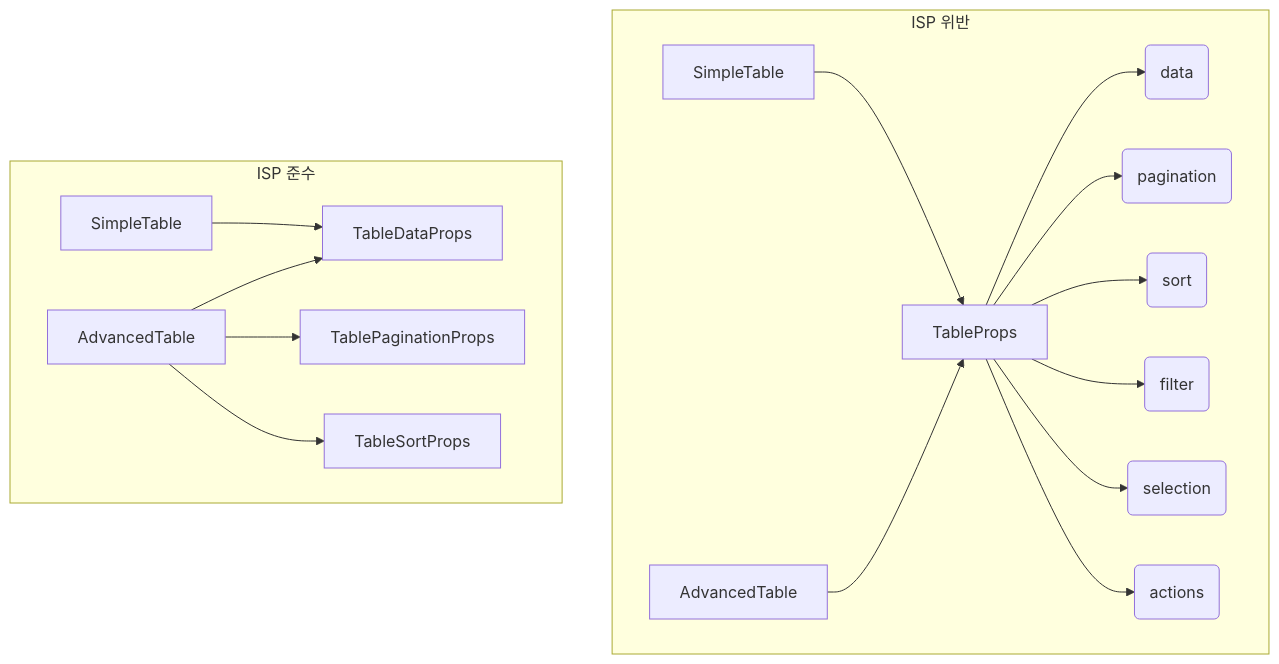
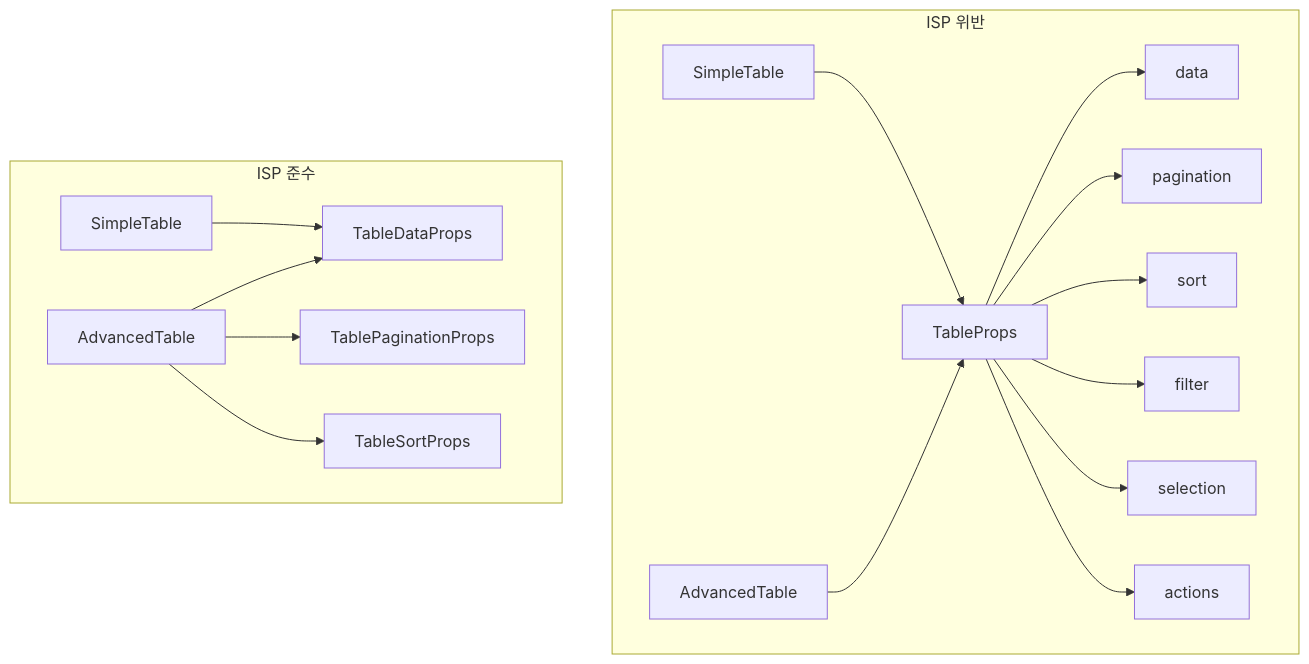
Before and after one commit to deokgoo/next-duck-blog: the fourth of 4 diagrams in data/blog/web/solid-principles-for-frontend-developers.mdx, drawn with Mermaid. The commit also changed other lines of this file and 4 other files, not shown here.

Commit message:
fix: solid-principles mermaid 수정, discuss 앱 설정 수정

````diff
--- a/data/blog/web/solid-principles-for-frontend-developers.mdx
+++ b/data/blog/web/solid-principles-for-frontend-developers.mdx
@@ -738,24 +738,24 @@
 ```mermaid
 graph TD
-    subgraph ISP 위반
+    subgraph BEFORE["ISP 위반"]
         A[TableProps]
-        A --> B(data)
-        A --> C(pagination)
-        A --> D(sort)
-        A --> E(filter)
-        A --> F(selection)
-        A --> G(actions)
+        A --> B["data"]
+        A --> C["pagination"]
+        A --> D["sort"]
+        A --> E["filter"]
+        A --> F["selection"]
+        A --> G["actions"]
         H[SimpleTable] --> A
         I[AdvancedTable] --> A
     end
 
-    subgraph ISP 준수
+    subgraph AFTER["ISP 준수"]
         J[TableDataProps]
         K[TablePaginationProps]
         L[TableSortProps]
         M[SimpleTable] --> J
         N[AdvancedTable] --> J
         N --> K
         N --> L
     end
 ```
````
